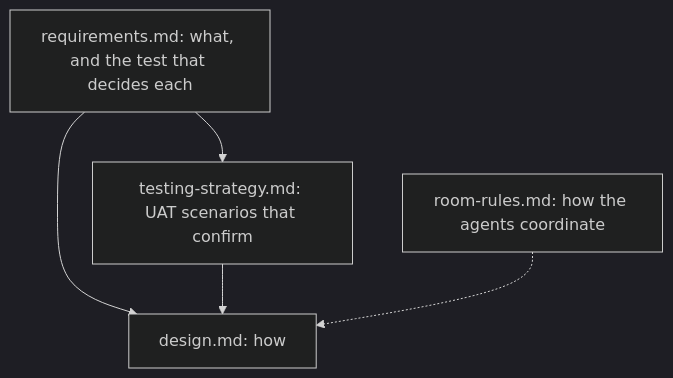
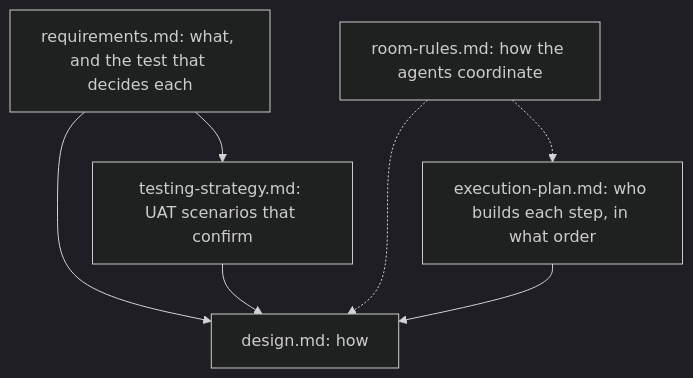
Before and after one commit to HJeon139/postbox: the diagram in designs/508/README.md, drawn with Mermaid (dark theme). The commit also changed other lines of this file and 5 other files, not shown here.

First line of the commit message:
docs(508): add the execution plan; cite sections by title; critic's checks

````diff
--- a/designs/508/README.md
+++ b/designs/508/README.md
@@ -7,7 +7,9 @@
 ```mermaid
 flowchart TD
   R["requirements.md: what, and the test that decides each"] --> D["design.md: how"]
   R --> T["testing-strategy.md: UAT scenarios that confirm"]
   T --> D
   U["room-rules.md: how the agents coordinate"] -.-> D
+  E["execution-plan.md: who builds each step, in what order"] --> D
+  U -.-> E
 ```
````
